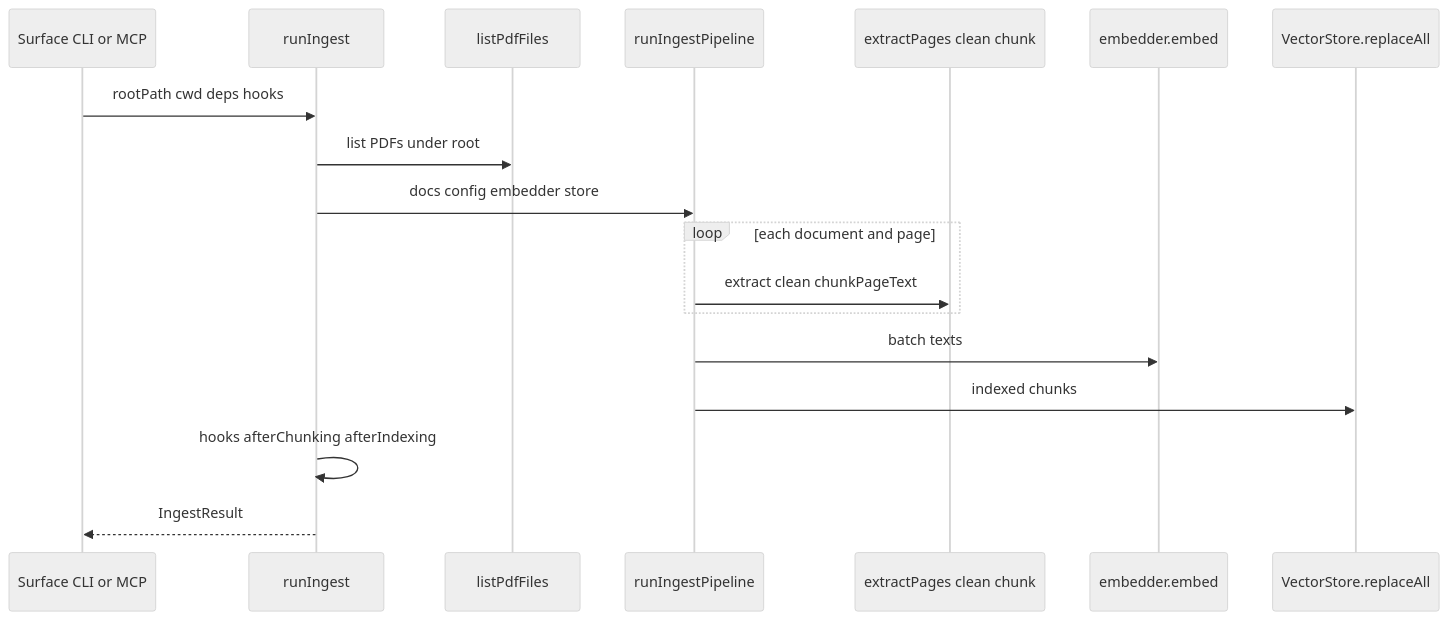
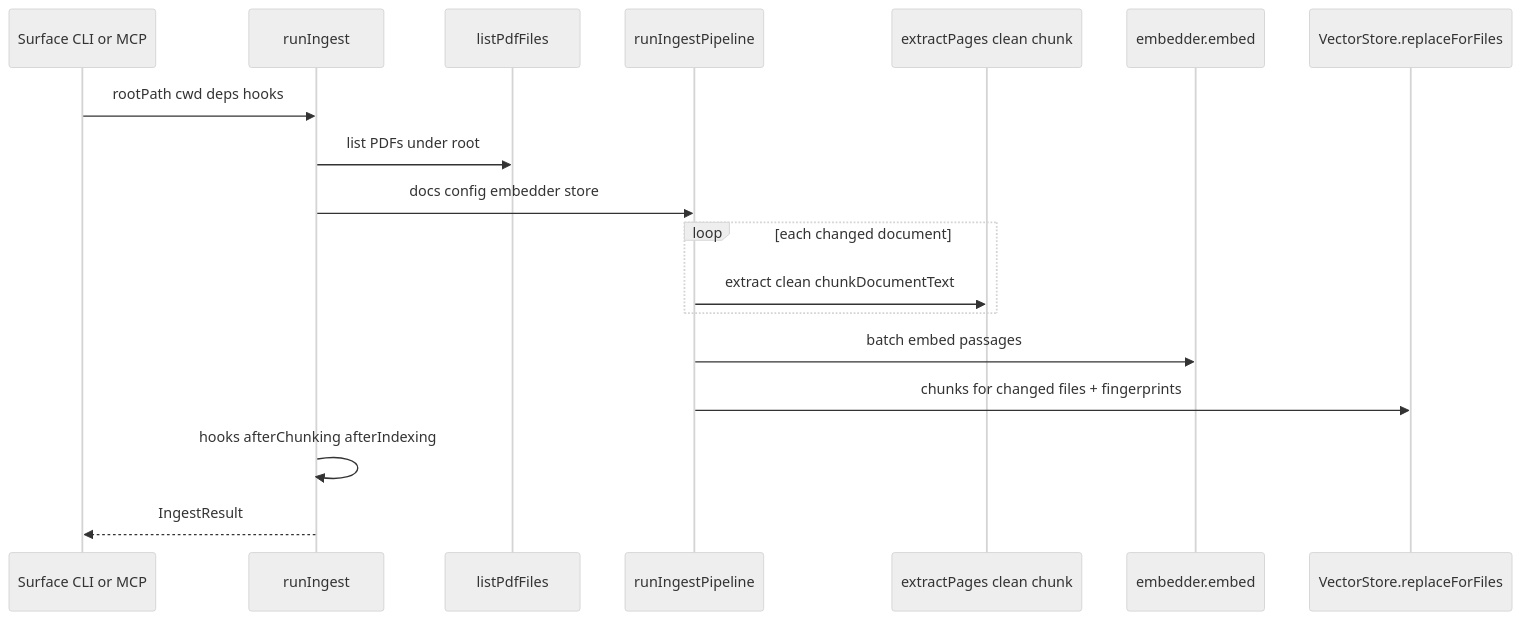
One commit to mayad123/pdfToRagAI changed the third of 5 diagrams in docs/architecture/overview.md. Above: the diagram before and after it, drawn with Mermaid (neutral theme). The commit also changed other lines of this file and 66 other files, not shown here.

First line of the commit message:
feat: Phase 7 portfolio artifacts, CI/publish, stable README mermaid

````diff
--- a/docs/architecture/overview.md
+++ b/docs/architecture/overview.md
@@ -120,20 +118,20 @@
 ```mermaid
 sequenceDiagram
   participant S as Surface CLI or MCP
   participant R as runIngest
   participant L as listPdfFiles
   participant P as runIngestPipeline
   participant X as extractPages clean chunk
   participant M as embedder.embed
-  participant V as VectorStore.replaceAll
+  participant V as VectorStore.replaceForFiles
   S->>R: rootPath cwd deps hooks
   R->>L: list PDFs under root
   R->>P: docs config embedder store
-  loop each document and page
-    P->>X: extract clean chunkPageText
+  loop each changed document
+    P->>X: extract clean chunkDocumentText
   end
-  P->>M: batch texts
-  P->>V: indexed chunks
+  P->>M: batch embed passages
+  P->>V: chunks for changed files + fingerprints
   R->>R: hooks afterChunking afterIndexing
   R-->>S: IngestResult
 ```
````
